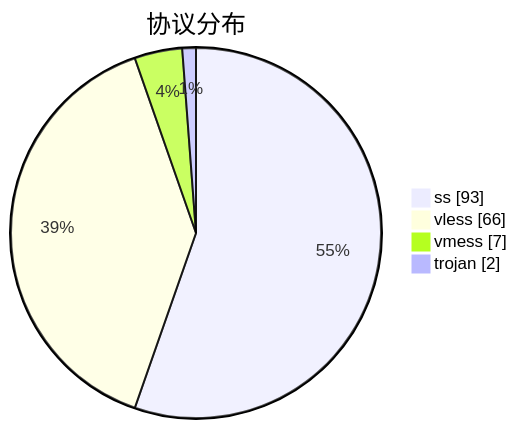
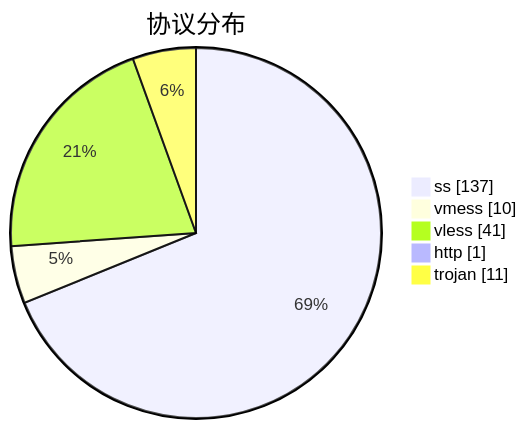
The third of 3 diagrams in subs/statistics/tested_within.md (qjlxg/airport), drawn with Mermaid before and after one commit. The commit also changed other lines of this file and 2 other files, not shown here.

````diff
--- a/subs/statistics/tested_within.md
+++ b/subs/statistics/tested_within.md
@@ -27,8 +27,9 @@
 ```mermaid
 pie showData
 title 协议分布
-"ss" : 93
-"vless" : 66
-"vmess" : 7
-"trojan" : 2
+"ss" : 137
+"vmess" : 10
+"vless" : 41
+"http" : 1
+"trojan" : 11
 ```
````
